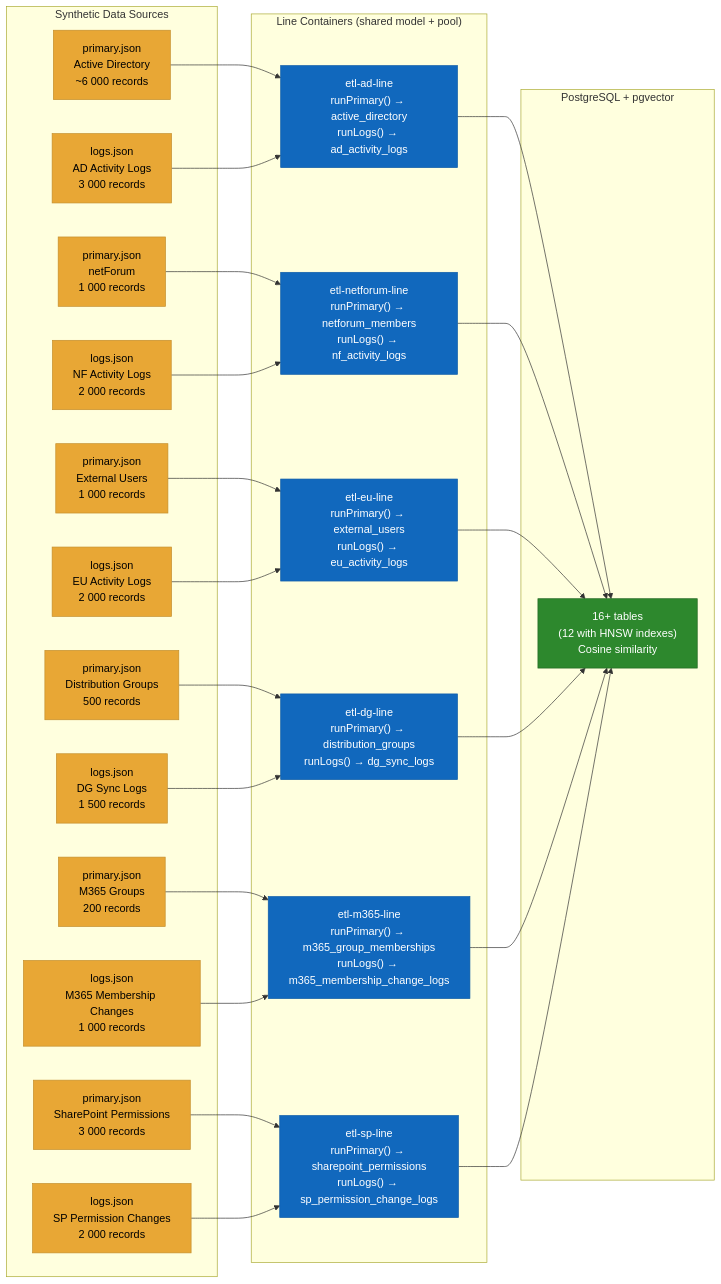
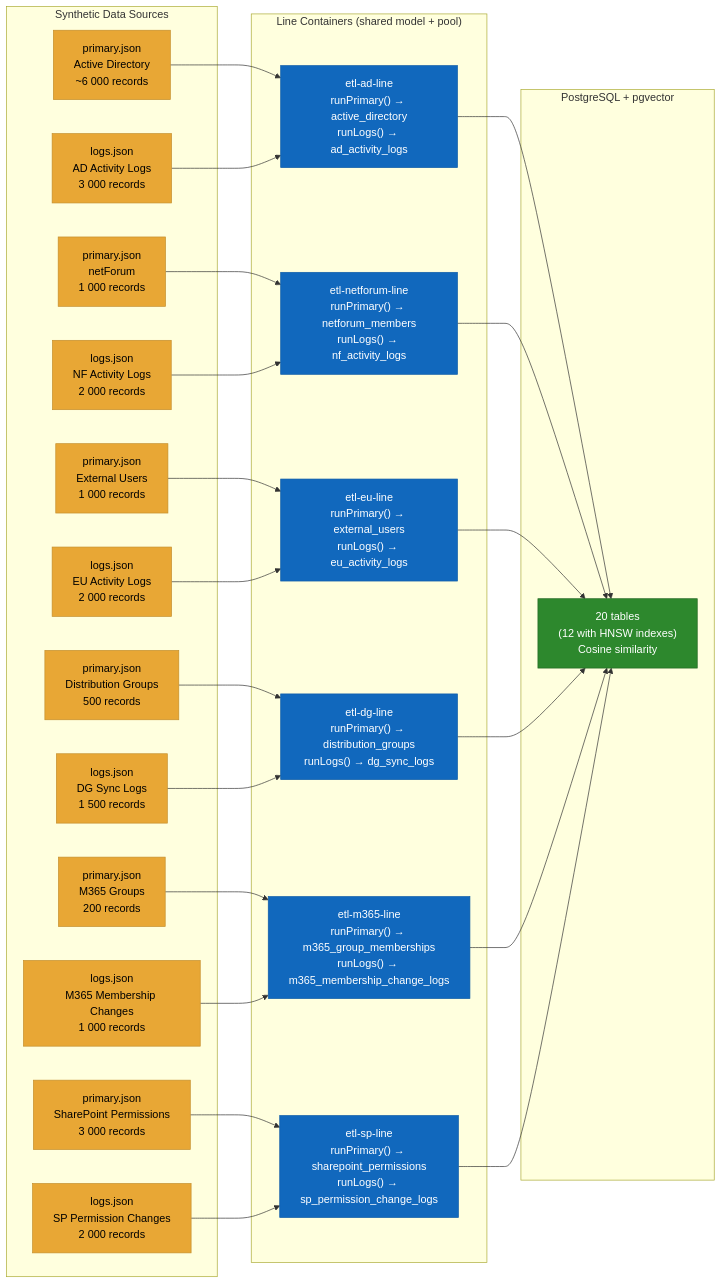
One commit to sjackshaw/user-search changed the diagram in docs/diagrams/etl-data-flow.md. Above: the diagram before and after it, drawn with Mermaid. The commit also changed 33 other files, not shown here.

````diff
--- a/docs/diagrams/etl-data-flow.md
+++ b/docs/diagrams/etl-data-flow.md
@@ -3,41 +3,41 @@
 ```mermaid
 flowchart LR
     classDef source fill:#E8A735,stroke:#C48E2C,color:#000
     classDef process fill:#1168BD,stroke:#0E5BA7,color:#fff
     classDef store fill:#2D882D,stroke:#226622,color:#fff
 
     subgraph Sources [" Synthetic Data Sources "]
         P1["primary.json\nActive Directory\n~6 000 records"]:::source
         P2["primary.json\nnetForum\n1 000 records"]:::source
         P3["primary.json\nExternal Users\n1 000 records"]:::source
         P4["primary.json\nDistribution Groups\n500 records"]:::source
         P5["primary.json\nM365 Groups\n200 records"]:::source
         P6["primary.json\nSharePoint Permissions\n3 000 records"]:::source
         L1["logs.json\nAD Activity Logs\n3 000 records"]:::source
         L2["logs.json\nNF Activity Logs\n2 000 records"]:::source
         L3["logs.json\nEU Activity Logs\n2 000 records"]:::source
         L4["logs.json\nDG Sync Logs\n1 500 records"]:::source
         L5["logs.json\nM365 Membership Changes\n1 000 records"]:::source
         L6["logs.json\nSP Permission Changes\n2 000 records"]:::source
     end
 
     subgraph Lines [" Line Containers (shared model + pool) "]
         C1["etl-ad-line\nrunPrimary() → active_directory\nrunLogs() → ad_activity_logs"]:::process
         C2["etl-netforum-line\nrunPrimary() → netforum_members\nrunLogs() → nf_activity_logs"]:::process
         C3["etl-eu-line\nrunPrimary() → external_users\nrunLogs() → eu_activity_logs"]:::process
         C4["etl-dg-line\nrunPrimary() → distribution_groups\nrunLogs() → dg_sync_logs"]:::process
         C5["etl-m365-line\nrunPrimary() → m365_group_memberships\nrunLogs() → m365_membership_change_logs"]:::process
         C6["etl-sp-line\nrunPrimary() → sharepoint_permissions\nrunLogs() → sp_permission_change_logs"]:::process
     end
 
     subgraph Database [" PostgreSQL + pgvector "]
-        DB["16+ tables\n(12 with HNSW indexes)\nCosine similarity"]:::store
+        DB["20 tables\n(12 with HNSW indexes)\nCosine similarity"]:::store
     end
 
     P1 & L1 --> C1 --> DB
     P2 & L2 --> C2 --> DB
     P3 & L3 --> C3 --> DB
     P4 & L4 --> C4 --> DB
     P5 & L5 --> C5 --> DB
     P6 & L6 --> C6 --> DB
 ```
````
